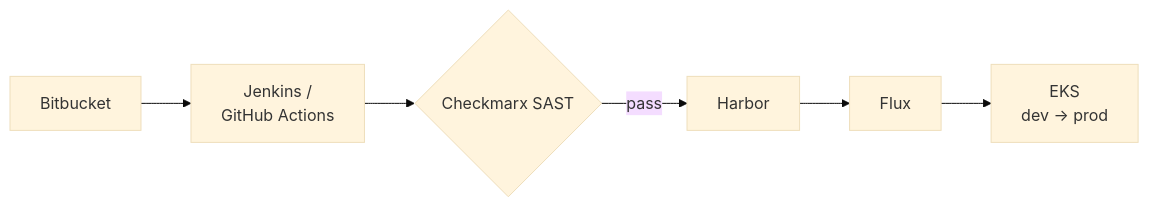
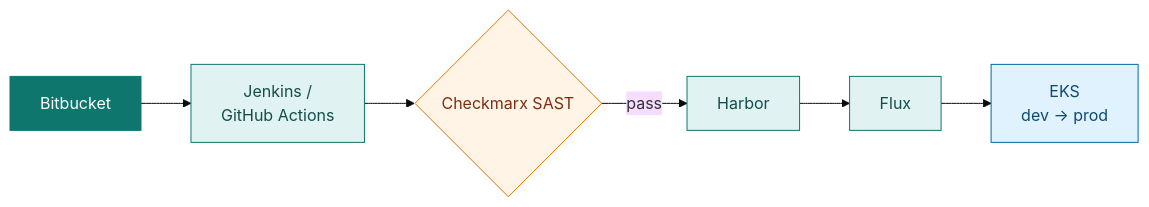
One commit to chanupen/chanupen changed the second of 3 diagrams in README.md. Above: the diagram before and after it, drawn with Mermaid (base theme). The commit also changed other lines of this file and 2 other files, not shown here.

Commit message:
Add colour: teal accent header, brand-coloured badges, styled diagrams

````diff
--- a/README.md
+++ b/README.md
@@ -72,8 +88,16 @@
 ```mermaid
 flowchart LR
     A[Bitbucket] --> B["Jenkins /<br/>GitHub Actions"]
     B --> C{Checkmarx SAST}
     C -->|pass| D[Harbor]
     D --> E[Flux]
     E --> F["EKS<br/>dev → prod"]
+    classDef src fill:#0f766e,stroke:#0f766e,color:#ffffff
+    classDef step fill:#e0f2f1,stroke:#0f766e,color:#134e4a
+    classDef gate fill:#fff4e5,stroke:#d97706,color:#7c2d12
+    classDef out fill:#e0f2fe,stroke:#0369a1,color:#0c4a6e
+    class A src
+    class B,D,E step
+    class C gate
+    class F out
 ```
````
